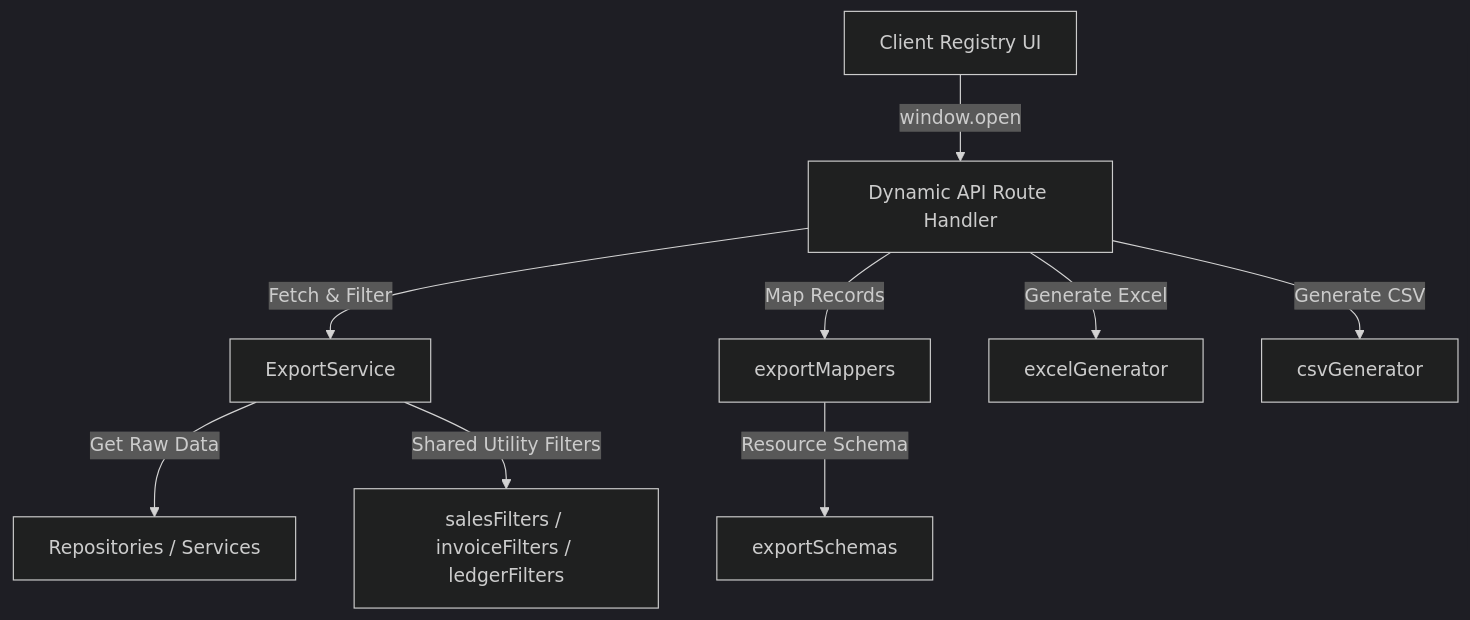
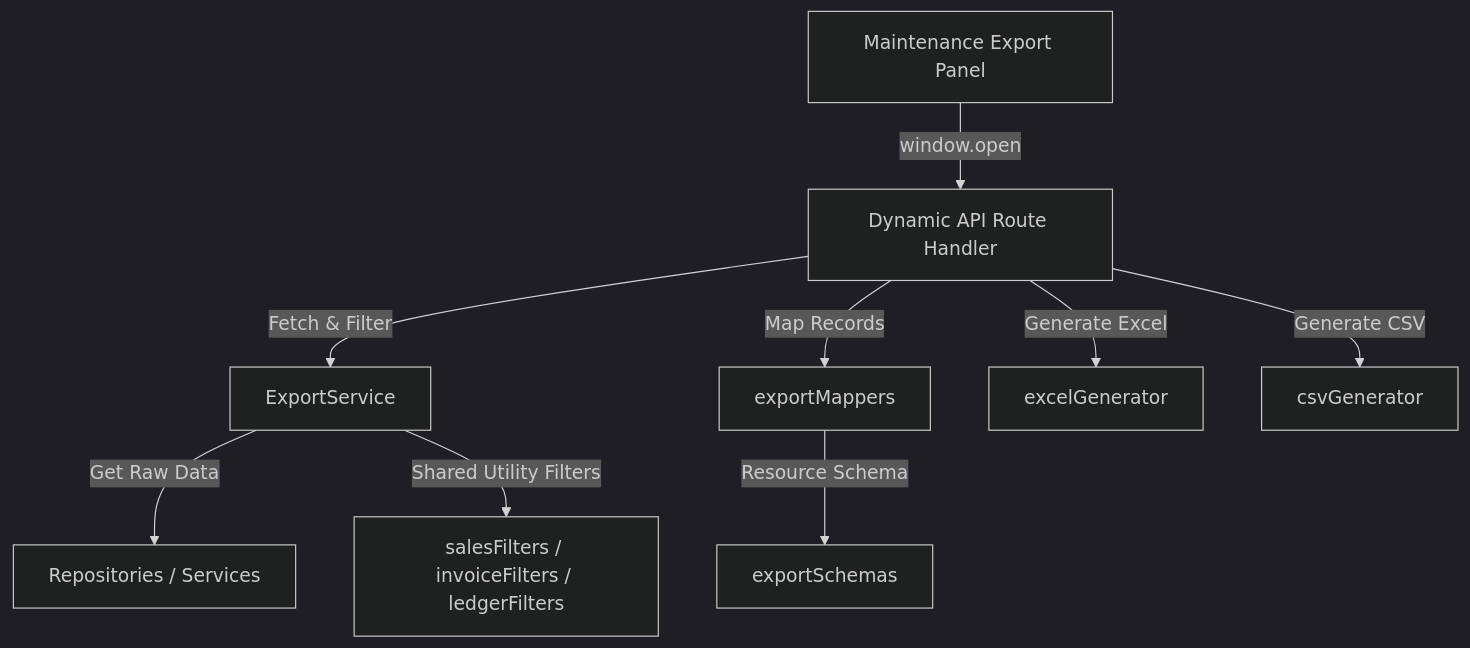
The diagram in docs/developer/export_system_architecture.md (muhammadbinmakbool/Business-Mart), drawn with Mermaid (dark theme) before and after one commit. The commit also changed 6 other files, not shown here.

Commit message:
refactor(export): Move Data Export to Settings Maintenance dashboard and add self-contained filtering

````diff
--- a/docs/developer/export_system_architecture.md
+++ b/docs/developer/export_system_architecture.md
@@ -8,11 +8,11 @@
 ```mermaid
 graph TD
-    UI[Client Registry UI] -->|window.open| API[Dynamic API Route Handler]
+    UI[Maintenance Export Panel] -->|window.open| API[Dynamic API Route Handler]
     API -->|Fetch & Filter| ES[ExportService]
     ES -->|Get Raw Data| Repo[Repositories / Services]
     ES -->|Shared Utility Filters| Filters[salesFilters / invoiceFilters / ledgerFilters]
     API -->|Map Records| Mappers[exportMappers]
     Mappers -->|Resource Schema| Schemas[exportSchemas]
     API -->|Generate Excel| ExcelGen[excelGenerator]
     API -->|Generate CSV| CSVGen[csvGenerator]
 ```
````
